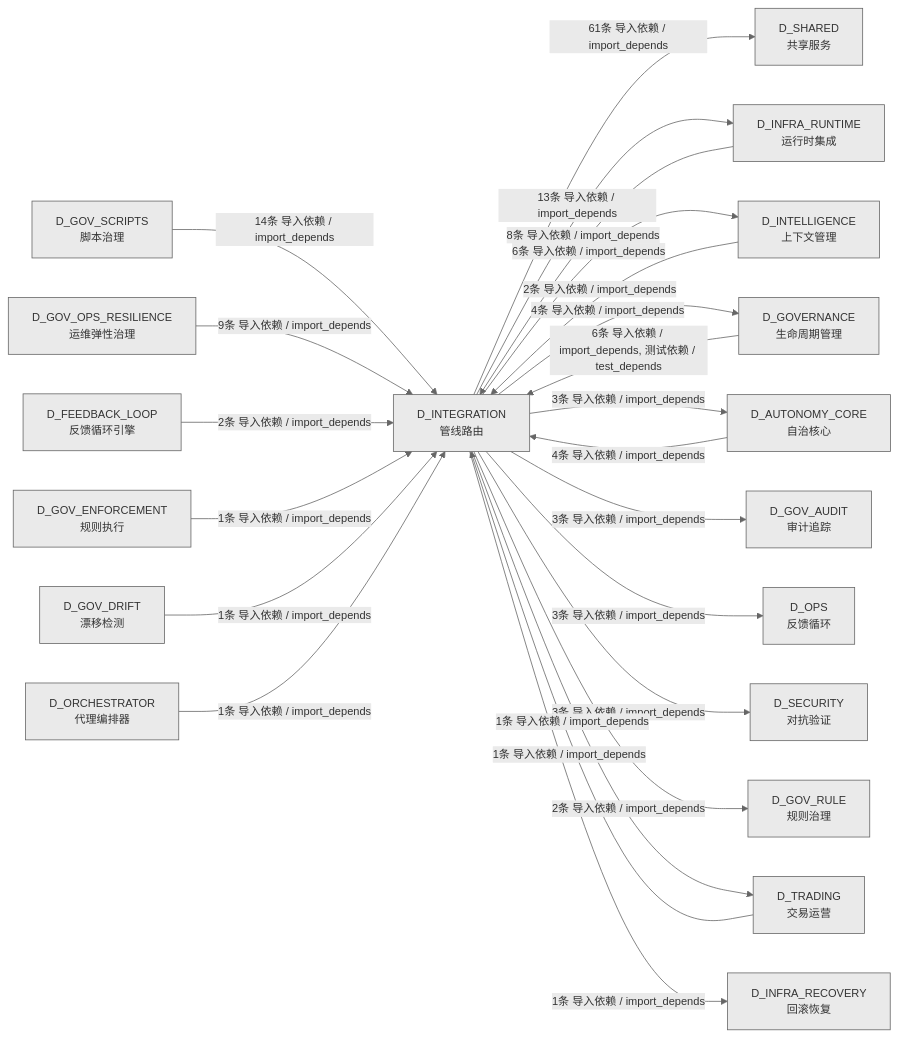
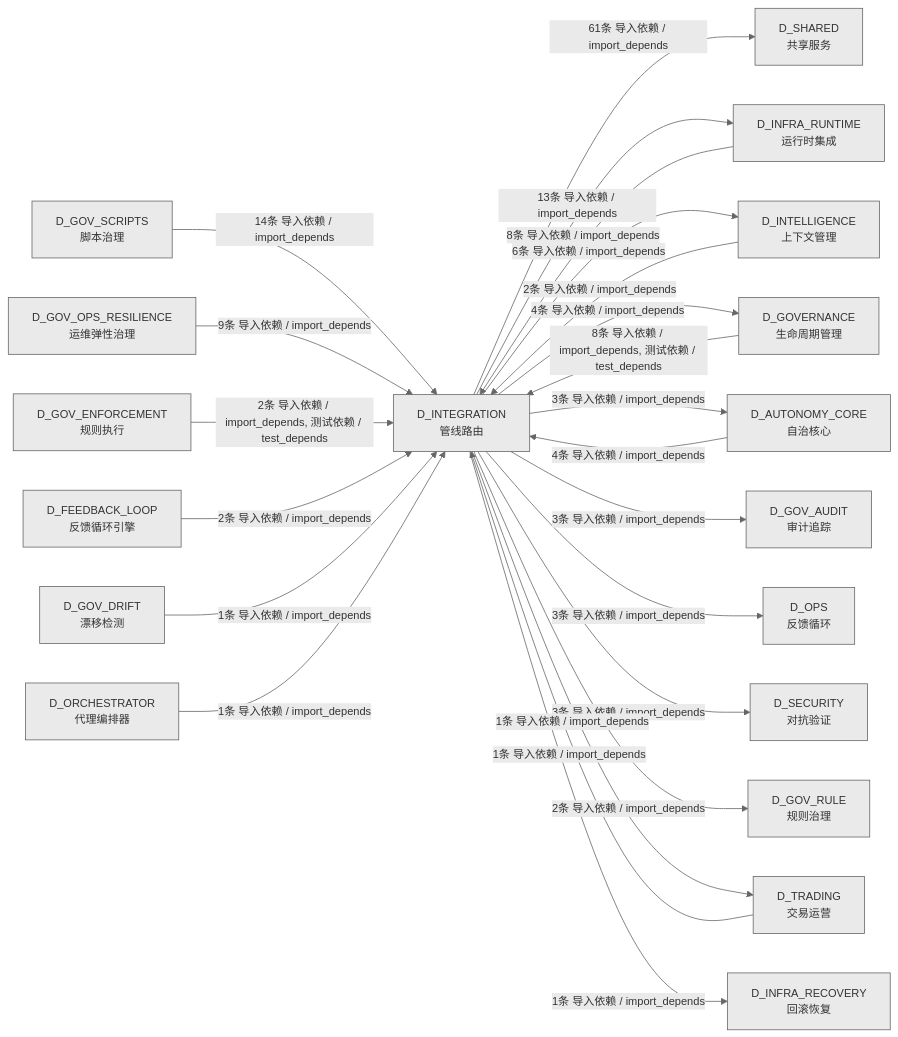
One commit to xuanFelixVan/ZephyrAlpha changed the third of 3 diagrams in docs/02_enterprise_architecture/02_domain_architecture_docs/21_d_integration.md. Above: the diagram before and after it, drawn with Mermaid. The commit also changed other lines of this file and 45 other files, not shown here.

````diff
--- a/docs/02_enterprise_architecture/02_domain_architecture_docs/21_d_integration.md
+++ b/docs/02_enterprise_architecture/02_domain_architecture_docs/21_d_integration.md
@@ -699,44 +703,44 @@
 ```mermaid
 %%{init: {'theme': 'base', 'themeVariables': {'primaryColor': '#eaeaea', 'primaryTextColor': '#333333', 'primaryBorderColor': '#666666', 'lineColor': '#666666', 'secondaryColor': '#eaeaea', 'tertiaryColor': '#eaeaea', 'fontSize': '14px'}}}%%
 graph LR
     D_INTEGRATION["D_INTEGRATION<br/>管线路由"]
     D_SHARED["D_SHARED<br/>共享服务"]
     D_INFRA_RUNTIME["D_INFRA_RUNTIME<br/>运行时集成"]
     D_INTELLIGENCE["D_INTELLIGENCE<br/>上下文管理"]
     D_GOVERNANCE["D_GOVERNANCE<br/>生命周期管理"]
     D_AUTONOMY_CORE["D_AUTONOMY_CORE<br/>自治核心"]
     D_GOV_AUDIT["D_GOV_AUDIT<br/>审计追踪"]
     D_OPS["D_OPS<br/>反馈循环"]
     D_SECURITY["D_SECURITY<br/>对抗验证"]
     D_GOV_RULE["D_GOV_RULE<br/>规则治理"]
     D_TRADING["D_TRADING<br/>交易运营"]
     D_INFRA_RECOVERY["D_INFRA_RECOVERY<br/>回滚恢复"]
     D_GOV_SCRIPTS["D_GOV_SCRIPTS<br/>脚本治理"]
     D_GOV_OPS_RESILIENCE["D_GOV_OPS_RESILIENCE<br/>运维弹性治理"]
+    D_GOV_ENFORCEMENT["D_GOV_ENFORCEMENT<br/>规则执行"]
     D_FEEDBACK_LOOP["D_FEEDBACK_LOOP<br/>反馈循环引擎"]
-    D_GOV_ENFORCEMENT["D_GOV_ENFORCEMENT<br/>规则执行"]
     D_GOV_DRIFT["D_GOV_DRIFT<br/>漂移检测"]
     D_ORCHESTRATOR["D_ORCHESTRATOR<br/>代理编排器"]
     D_INTEGRATION -->|61条 导入依赖 / import_depends| D_SHARED
     D_INTEGRATION -->|13条 导入依赖 / import_depends| D_INFRA_RUNTIME
     D_INTEGRATION -->|6条 导入依赖 / import_depends| D_INTELLIGENCE
     D_INTEGRATION -->|4条 导入依赖 / import_depends| D_GOVERNANCE
     D_INTEGRATION -->|3条 导入依赖 / import_depends| D_AUTONOMY_CORE
     D_INTEGRATION -->|3条 导入依赖 / import_depends| D_GOV_AUDIT
     D_INTEGRATION -->|3条 导入依赖 / import_depends| D_OPS
     D_INTEGRATION -->|3条 导入依赖 / import_depends| D_SECURITY
     D_INTEGRATION -->|2条 导入依赖 / import_depends| D_GOV_RULE
     D_INTEGRATION -->|1条 导入依赖 / import_depends| D_TRADING
     D_INTEGRATION -->|1条 导入依赖 / import_depends| D_INFRA_RECOVERY
     D_GOV_SCRIPTS -->|14条 导入依赖 / import_depends| D_INTEGRATION
     D_GOV_OPS_RESILIENCE -->|9条 导入依赖 / import_depends| D_INTEGRATION
     D_INFRA_RUNTIME -->|8条 导入依赖 / import_depends| D_INTEGRATION
-    D_GOVERNANCE -->|6条 导入依赖 / import_depends, 测试依赖 / test_depends| D_INTEGRATION
+    D_GOVERNANCE -->|8条 导入依赖 / import_depends, 测试依赖 / test_depends| D_INTEGRATION
     D_AUTONOMY_CORE -->|4条 导入依赖 / import_depends| D_INTEGRATION
+    D_GOV_ENFORCEMENT -->|2条 导入依赖 / import_depends, 测试依赖 / test_depends| D_INTEGRATION
     D_FEEDBACK_LOOP -->|2条 导入依赖 / import_depends| D_INTEGRATION
     D_INTELLIGENCE -->|2条 导入依赖 / import_depends| D_INTEGRATION
-    D_GOV_ENFORCEMENT -->|1条 导入依赖 / import_depends| D_INTEGRATION
     D_GOV_DRIFT -->|1条 导入依赖 / import_depends| D_INTEGRATION
     D_ORCHESTRATOR -->|1条 导入依赖 / import_depends| D_INTEGRATION
     D_TRADING -->|1条 导入依赖 / import_depends| D_INTEGRATION
 ```
````
